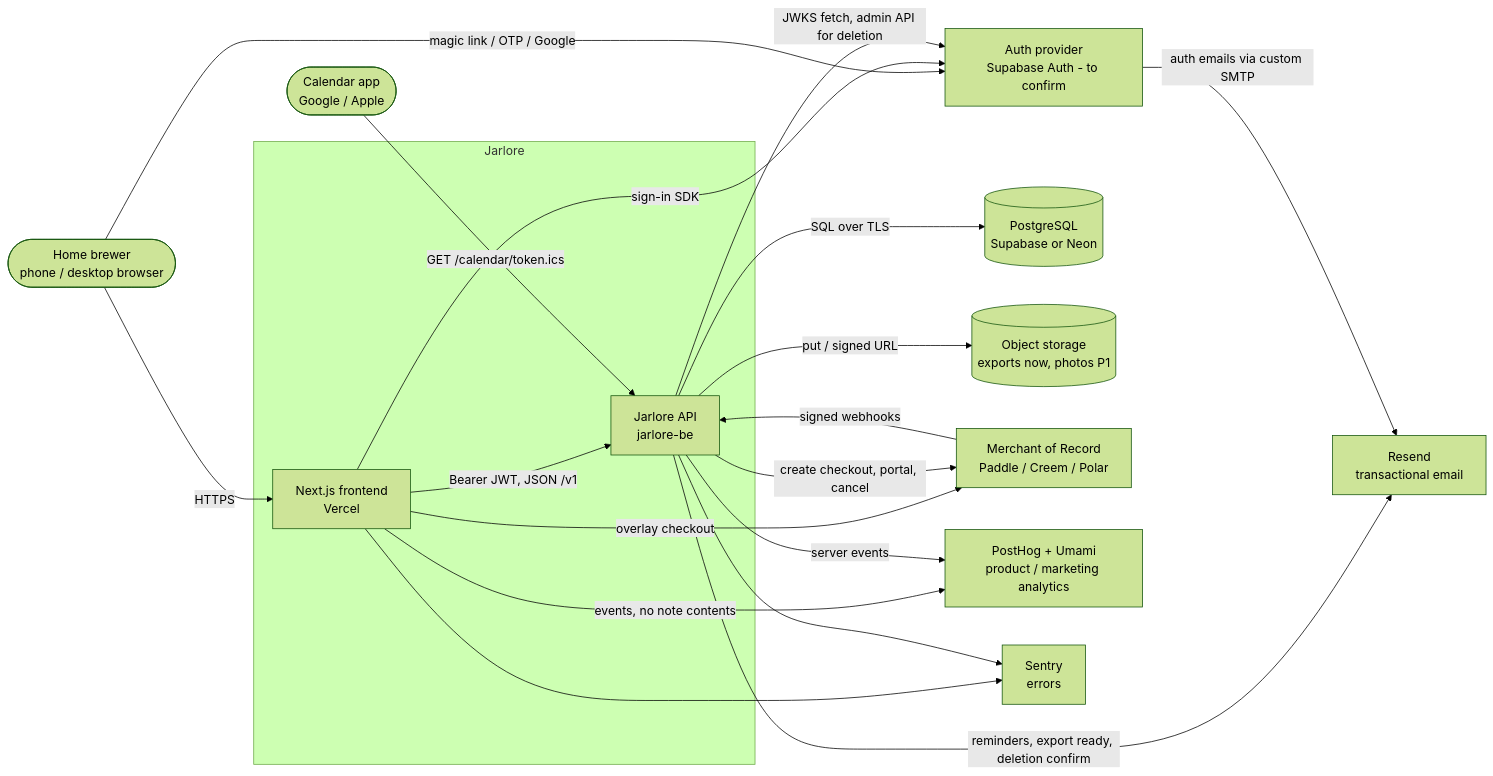
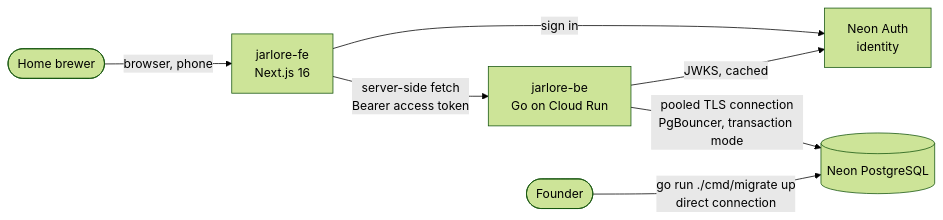
The diagram in docs/architecture/SYSTEM_OVERVIEW.md (noviarrizal/jarlore-be), drawn with Mermaid (forest theme) before and after one commit. The commit also changed other lines of this file and 70 other files, not shown here.

````diff
--- a/docs/architecture/SYSTEM_OVERVIEW.md
+++ b/docs/architecture/SYSTEM_OVERVIEW.md
@@ -17,36 +19,9 @@
 ```mermaid
 flowchart LR
-    user([Home brewer<br/>phone / desktop browser])
-    cal([Calendar app<br/>Google / Apple])
-
-    subgraph jarlore[Jarlore]
-        fe[Next.js frontend<br/>Vercel]
-        api[Jarlore API<br/>jarlore-be]
-    end
-
-    auth[Auth provider<br/>Supabase Auth - to confirm]
-    db[(PostgreSQL<br/>Supabase or Neon)]
-    store[(Object storage<br/>exports now, photos P1)]
-    mail[Resend<br/>transactional email]
-    mor[Merchant of Record<br/>Paddle / Creem / Polar]
-    analytics[PostHog + Umami<br/>product / marketing analytics]
-    sentry[Sentry<br/>errors]
-
-    user -->|HTTPS| fe
-    user -->|magic link / OTP / Google| auth
-    fe -->|Bearer JWT, JSON /v1| api
-    fe -->|sign-in SDK| auth
-    fe -->|overlay checkout| mor
-    fe -->|events, no note contents| analytics
-    api -->|JWKS fetch, admin API for deletion| auth
-    api -->|SQL over TLS| db
-    api -->|put / signed URL| store
-    api -->|reminders, export ready, deletion confirm| mail
-    api -->|create checkout, portal, cancel| mor
-    mor -->|signed webhooks| api
-    api -->|server events| analytics
-    fe --> sentry
-    api --> sentry
-    cal -->|GET /calendar/token.ics| api
-    auth -->|auth emails via custom SMTP| mail
+  user([Home brewer]) -->|browser, phone| fe[jarlore-fe<br/>Next.js 16]
+  fe -->|sign in| supa[Neon Auth<br/>identity]
+  fe -->|server-side fetch<br/>Bearer access token| api[jarlore-be<br/>Go on Cloud Run]
+  api -->|JWKS, cached| supa
+  api -->|pooled TLS connection<br/>PgBouncer, transaction mode| neon[(Neon PostgreSQL)]
+  ops([Founder]) -->|go run ./cmd/migrate up<br/>direct connection| neon
 ```
````
